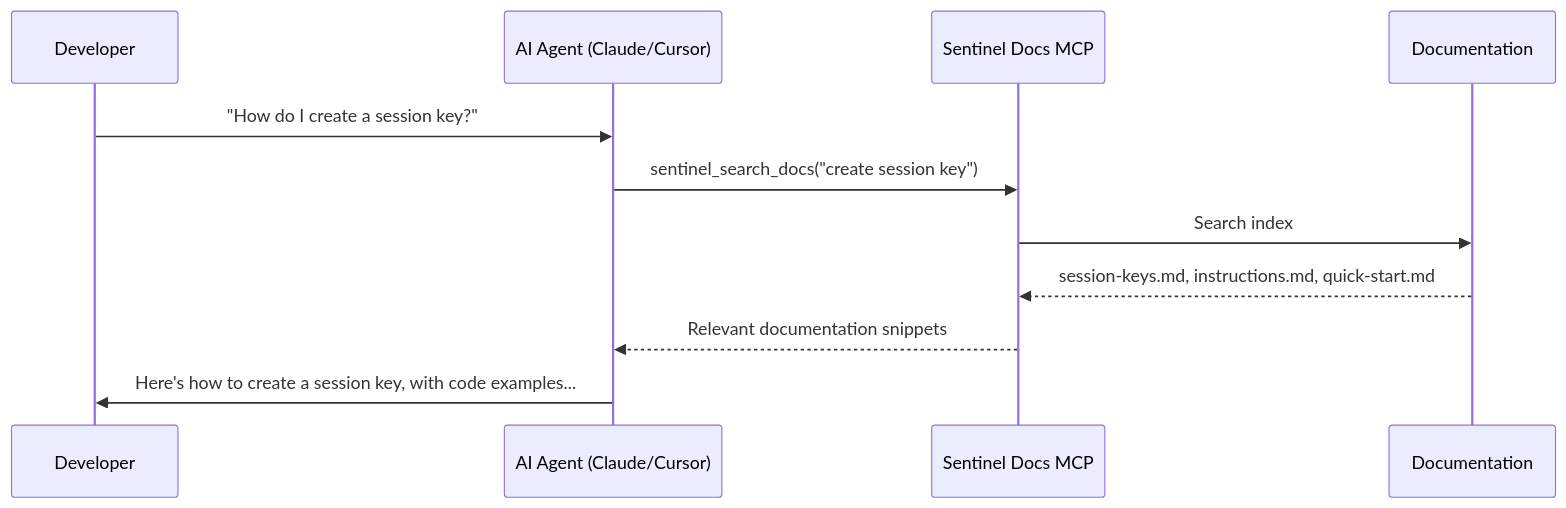
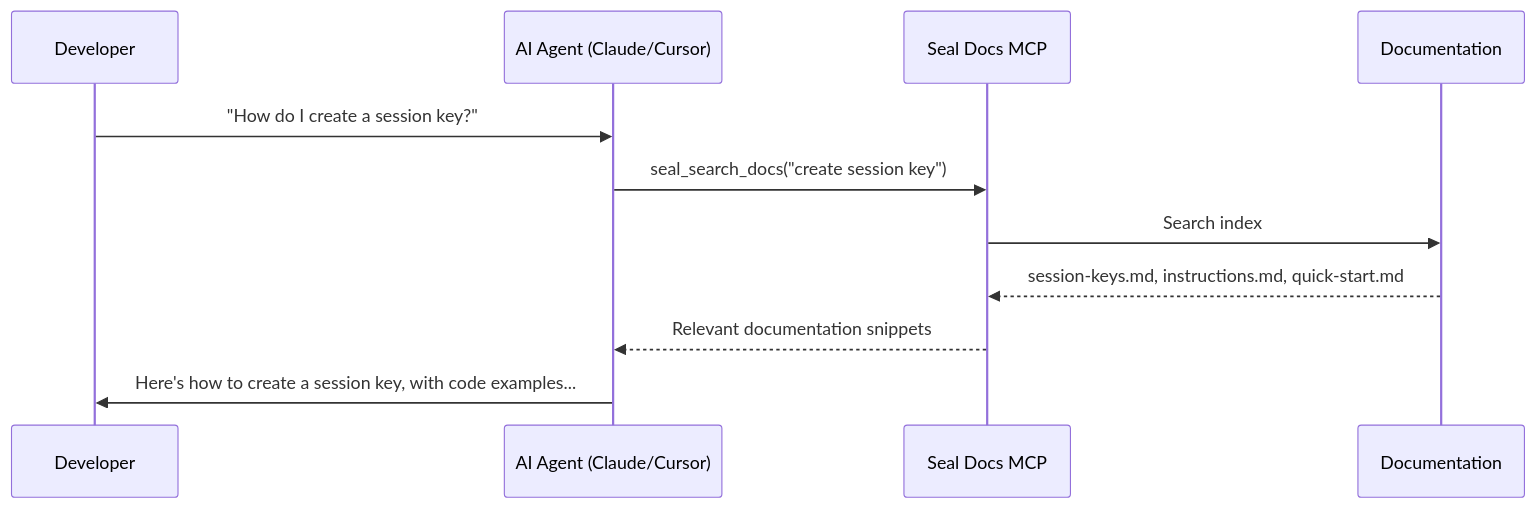
The first of 2 diagrams in docs/integrations/mcp.md (Immadominion/sentinel), drawn with Mermaid before and after one commit. The commit also changed other lines of this file and 176 other files, not shown here.

Commit message:
REVAMP/ change name from Sentinel to Seal

````diff
--- a/docs/integrations/mcp.md
+++ b/docs/integrations/mcp.md
@@ -9,14 +9,14 @@
 ```mermaid
 sequenceDiagram
     participant Dev as Developer
     participant LLM as AI Agent (Claude/Cursor)
-    participant MCP as Sentinel Docs MCP
+    participant MCP as Seal Docs MCP
     participant Docs as Documentation
 
     Dev->>LLM: "How do I create a session key?"
-    LLM->>MCP: sentinel_search_docs("create session key")
+    LLM->>MCP: seal_search_docs("create session key")
     MCP->>Docs: Search index
     Docs-->>MCP: session-keys.md, instructions.md, quick-start.md
     MCP-->>LLM: Relevant documentation snippets
     LLM->>Dev: Here's how to create a session key, with code examples...
 ```
````
